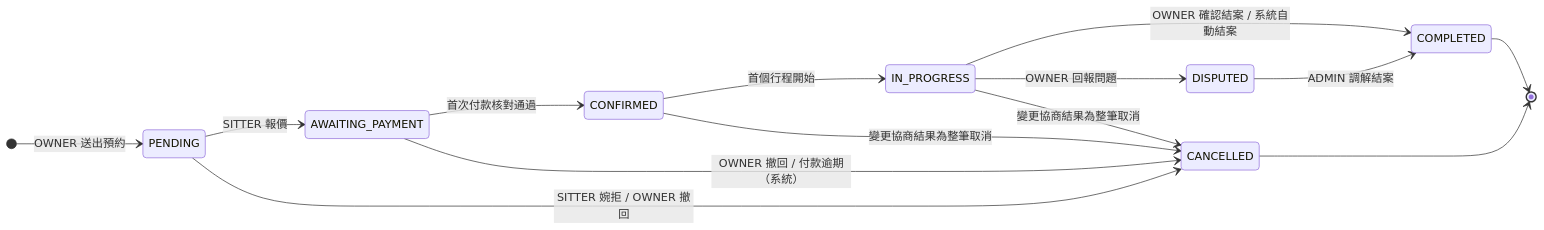
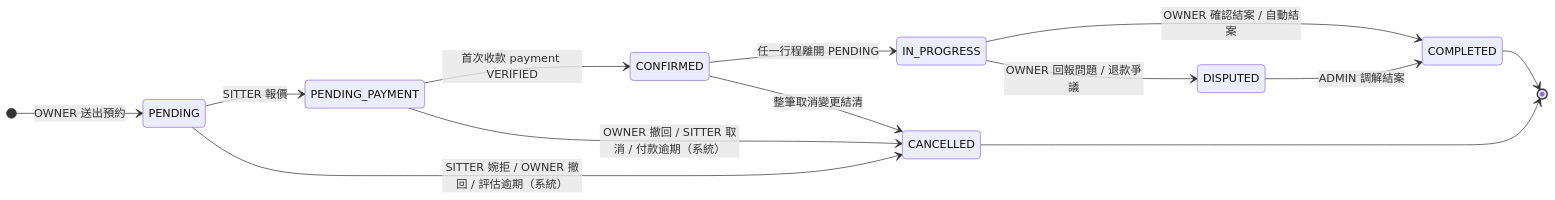
The first of 3 diagrams in docs/sa/00-DOMAIN-BASELINE.md (willchiangch/cat-sitter-project), drawn with Mermaid before and after one commit. The commit also changed other lines of this file and 10 other files, not shown here.

First line of the commit message:
docs: baseline 依 CQ-9~36 決定改寫，同步 SD-PLAN / GLOBAL-SPEC / ERD 與部署流程說明

````diff
--- a/docs/sa/00-DOMAIN-BASELINE.md
+++ b/docs/sa/00-DOMAIN-BASELINE.md
@@ -73,17 +79,16 @@
 ```mermaid
 stateDiagram-v2
     direction LR
     [*] --> PENDING: OWNER 送出預約
-    PENDING --> AWAITING_PAYMENT: SITTER 報價
-    PENDING --> CANCELLED: SITTER 婉拒 / OWNER 撤回
-    AWAITING_PAYMENT --> CONFIRMED: 首次付款核對通過
-    AWAITING_PAYMENT --> CANCELLED: OWNER 撤回 / 付款逾期（系統）
-    CONFIRMED --> IN_PROGRESS: 首個行程開始
-    CONFIRMED --> CANCELLED: 變更協商結果為整筆取消
-    IN_PROGRESS --> COMPLETED: OWNER 確認結案 / 系統自動結案
-    IN_PROGRESS --> DISPUTED: OWNER 回報問題
-    IN_PROGRESS --> CANCELLED: 變更協商結果為整筆取消
+    PENDING --> PENDING_PAYMENT: SITTER 報價
+    PENDING --> CANCELLED: SITTER 婉拒 / OWNER 撤回 / 評估逾期（系統）
+    PENDING_PAYMENT --> CONFIRMED: 首次收款 payment VERIFIED
+    PENDING_PAYMENT --> CANCELLED: OWNER 撤回 / SITTER 取消 / 付款逾期（系統）
+    CONFIRMED --> IN_PROGRESS: 任一行程離開 PENDING
+    CONFIRMED --> CANCELLED: 整筆取消變更結清
+    IN_PROGRESS --> COMPLETED: OWNER 確認結案 / 自動結案
+    IN_PROGRESS --> DISPUTED: OWNER 回報問題 / 退款爭議
     DISPUTED --> COMPLETED: ADMIN 調解結案
     COMPLETED --> [*]
     CANCELLED --> [*]
 ```
````
